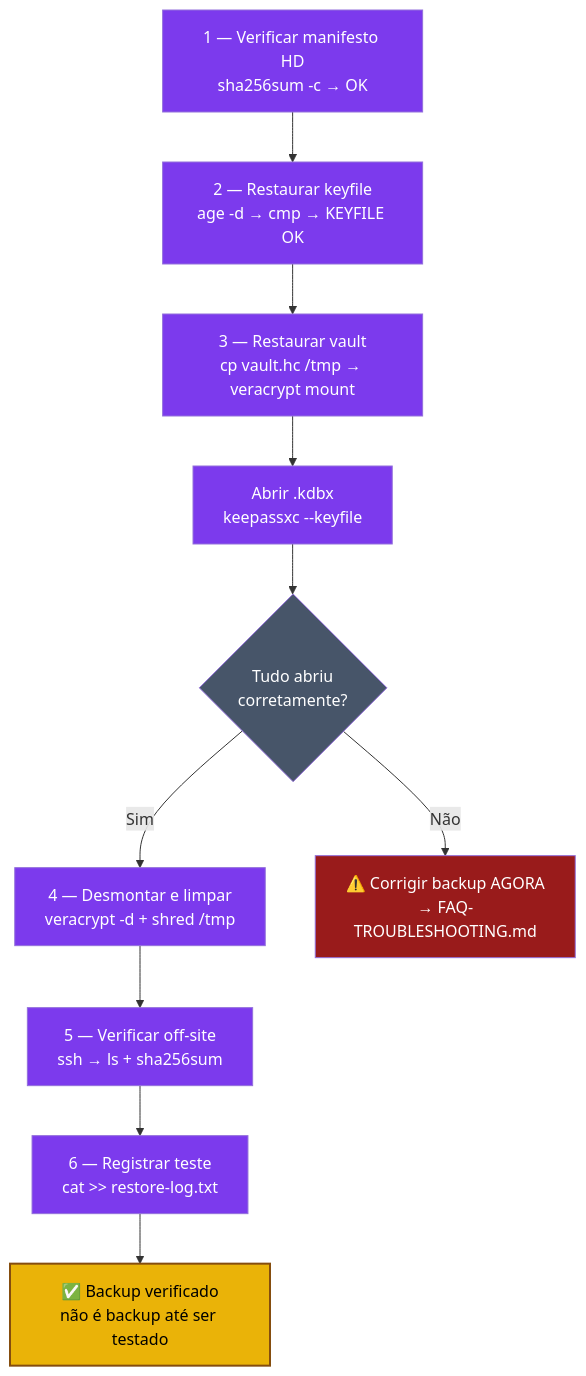
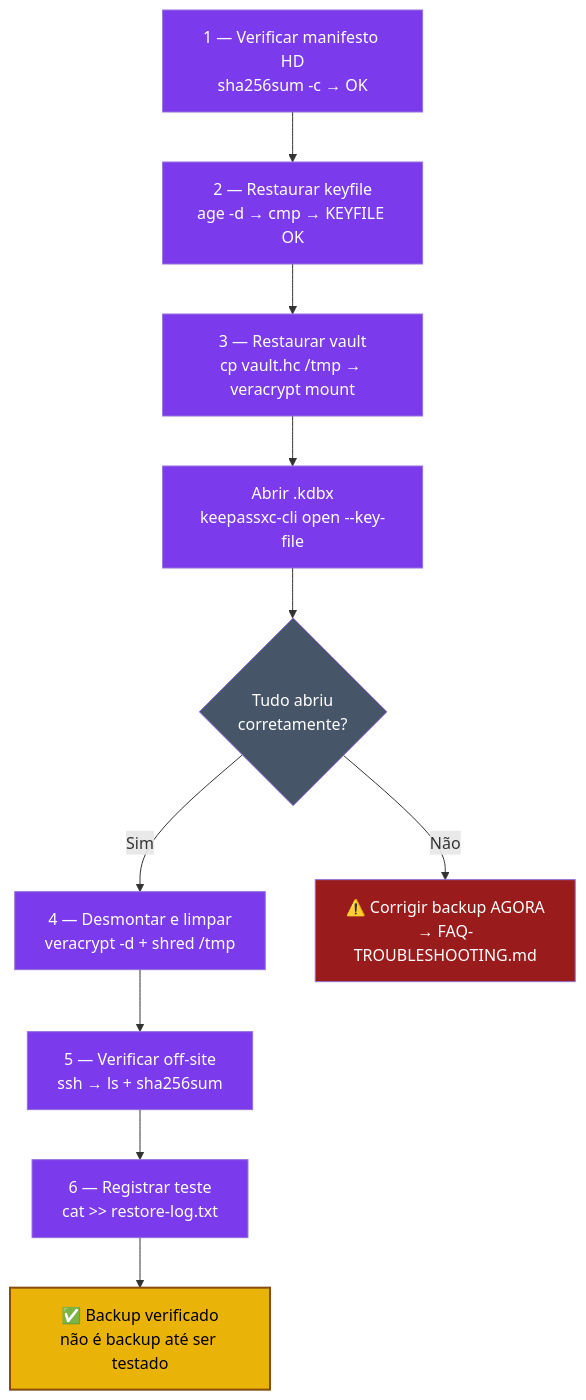
One commit to VIPs-com/Zero-Trust-Core changed the diagram in playbooks/3-backup-resiliencia/10-restore-test.md. Above: the diagram before and after it, drawn with Mermaid. The commit also changed other lines of this file and 7 other files, not shown here.

````diff
--- a/playbooks/3-backup-resiliencia/10-restore-test.md
+++ b/playbooks/3-backup-resiliencia/10-restore-test.md
@@ -13,23 +13,23 @@
 ```mermaid
 flowchart TD
     A["1 — Verificar manifesto HD\nsha256sum -c → OK"] --> B["2 — Restaurar keyfile\nage -d → cmp → KEYFILE OK"]
     B --> C["3 — Restaurar vault\ncp vault.hc /tmp → veracrypt mount"]
-    C --> D["Abrir .kdbx\nkeepassxc --keyfile"]
+    C --> D["Abrir .kdbx\nkeepassxc-cli open --key-file"]
     D --> E{Tudo abriu\ncorretamente?}
     E -- Sim --> F["4 — Desmontar e limpar\nveracrypt -d + shred /tmp"]
     E -- Não --> ERR["⚠️ Corrigir backup AGORA\n→ FAQ-TROUBLESHOOTING.md"]
     F --> G["5 — Verificar off-site\nssh → ls + sha256sum"]
     G --> H["6 — Registrar teste\ncat >> restore-log.txt"]
     H --> I["✅ Backup verificado\nnão é backup até ser testado"]
 
     style A fill:#7c3aed,color:#fff
     style B fill:#7c3aed,color:#fff
     style C fill:#7c3aed,color:#fff
     style D fill:#7c3aed,color:#fff
     style E fill:#475569,color:#fff
     style F fill:#7c3aed,color:#fff
     style G fill:#7c3aed,color:#fff
     style H fill:#7c3aed,color:#fff
     style I fill:#eab308,color:#000,stroke:#854d0e,stroke-width:2px
     style ERR fill:#991b1b,color:#fff
 ```
````
